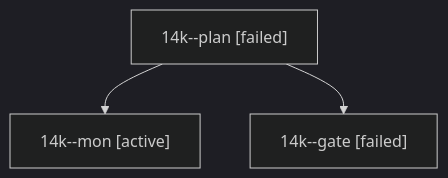
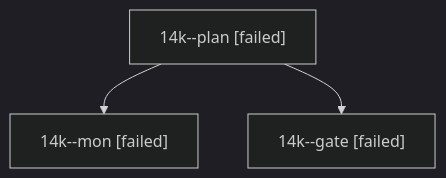
Before and after one commit to bobs-org/bob-cli--agents: the diagram in sessions/bbugyi200.athena.14k.md, drawn with Mermaid (dark theme). The commit also changed other lines of this file and 416 other files, not shown here.

````diff
--- a/sessions/bbugyi200.athena.14k.md
+++ b/sessions/bbugyi200.athena.14k.md
@@ -9,8 +9,8 @@
 ```mermaid
 flowchart TD
   n0["14k--plan [failed]"]
-  n1["14k--mon [active]"]
+  n1["14k--mon [failed]"]
   n0 --> n1
   n2["14k--gate [failed]"]
   n0 --> n2
 ```
````
